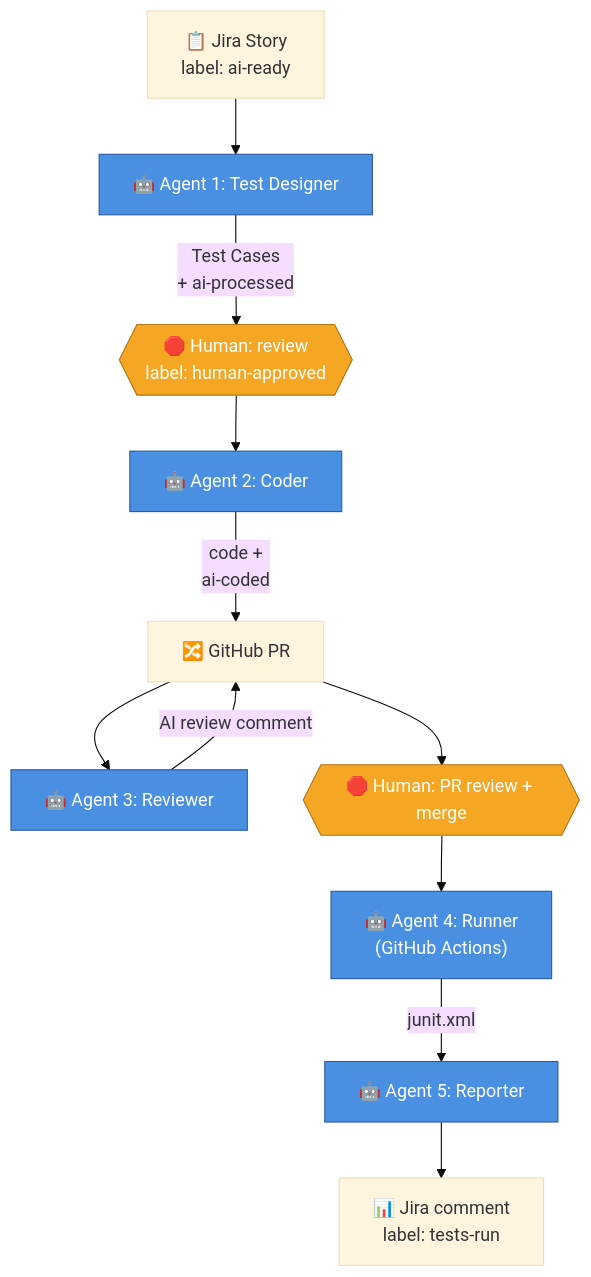
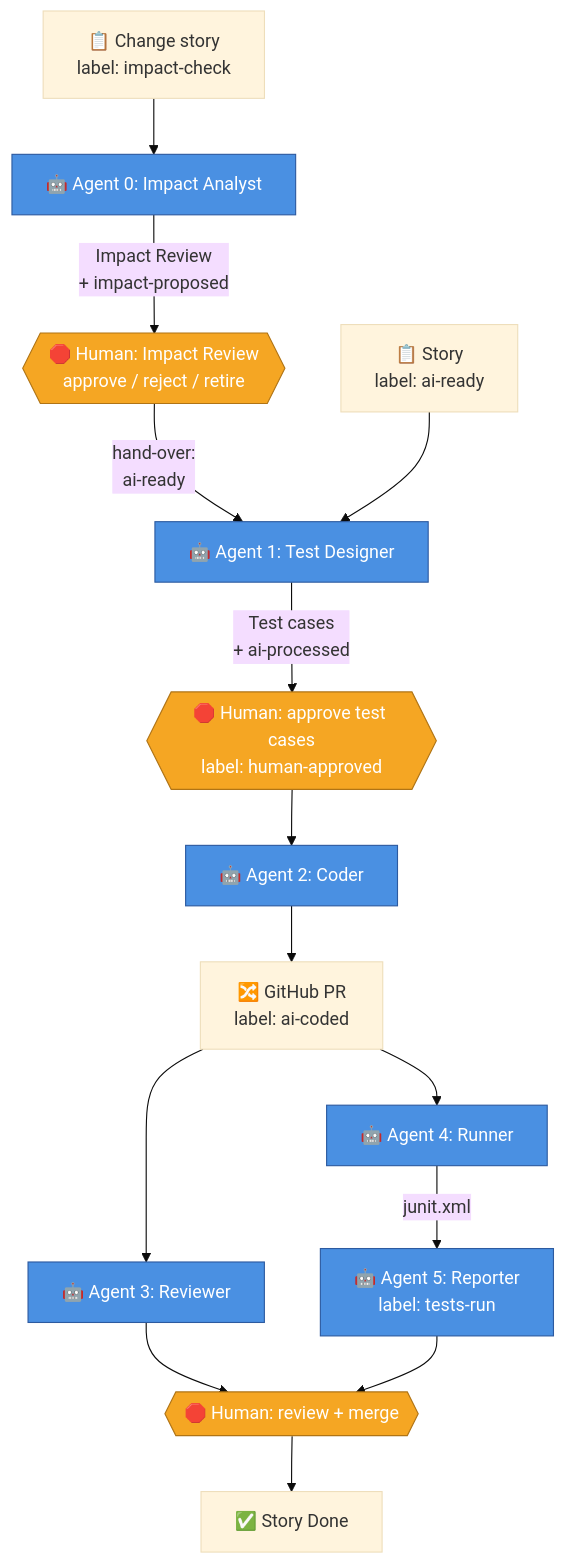
The diagram in README.md (rajiniottesting-coder/multi-agent-test-automation), drawn with Mermaid (base theme) before and after one commit. The commit also changed other lines of this file, not shown here.

````diff
--- a/README.md
+++ b/README.md
@@ -54,29 +62,35 @@
 ```mermaid
 flowchart TB
-    Story["📋 Jira Story<br/>label: ai-ready"]
+    Change["📋 Change story<br/>label: impact-check"]
+    A0["🤖 Agent 0: Impact Analyst"]
+    H0{{"🛑 Human: Impact Review<br/>approve / reject / retire"}}
+    Story["📋 Story<br/>label: ai-ready"]
     A1["🤖 Agent 1: Test Designer"]
-    H1{{"🛑 Human: review<br/>label: human-approved"}}
+    H1{{"🛑 Human: approve test cases<br/>label: human-approved"}}
     A2["🤖 Agent 2: Coder"]
-    PR["🔀 GitHub PR"]
+    PR["🔀 GitHub PR<br/>label: ai-coded"]
     A3["🤖 Agent 3: Reviewer"]
-    H2{{"🛑 Human: PR review + merge"}}
-    A4["🤖 Agent 4: Runner<br/>(GitHub Actions)"]
-    A5["🤖 Agent 5: Reporter"]
-    Result["📊 Jira comment<br/>label: tests-run"]
+    A4["🤖 Agent 4: Runner"]
+    A5["🤖 Agent 5: Reporter<br/>label: tests-run"]
+    H2{{"🛑 Human: review + merge"}}
+    Done["✅ Story Done"]
 
+    Change --> A0
+    A0 -->|"Impact Review<br/>+ impact-proposed"| H0
+    H0 -->|"hand-over:<br/>ai-ready"| A1
     Story --> A1
-    A1 -->|"Test Cases<br/>+ ai-processed"| H1
+    A1 -->|"Test cases<br/>+ ai-processed"| H1
     H1 --> A2
-    A2 -->|"code +<br/>ai-coded"| PR
+    A2 --> PR
     PR --> A3
-    A3 -->|"AI review comment"| PR
-    PR --> H2
-    H2 --> A4
+    PR --> A4
     A4 -->|"junit.xml"| A5
-    A5 --> Result
+    A3 --> H2
+    A5 --> H2
+    H2 --> Done
 
     classDef agent fill:#4a90e2,stroke:#2c5aa0,color:#fff
     classDef human fill:#f5a623,stroke:#b07415,color:#fff
-    class A1,A2,A3,A4,A5 agent
-    class H1,H2 human
+    class A0,A1,A2,A3,A4,A5 agent
+    class H0,H1,H2 human
 ```
````
